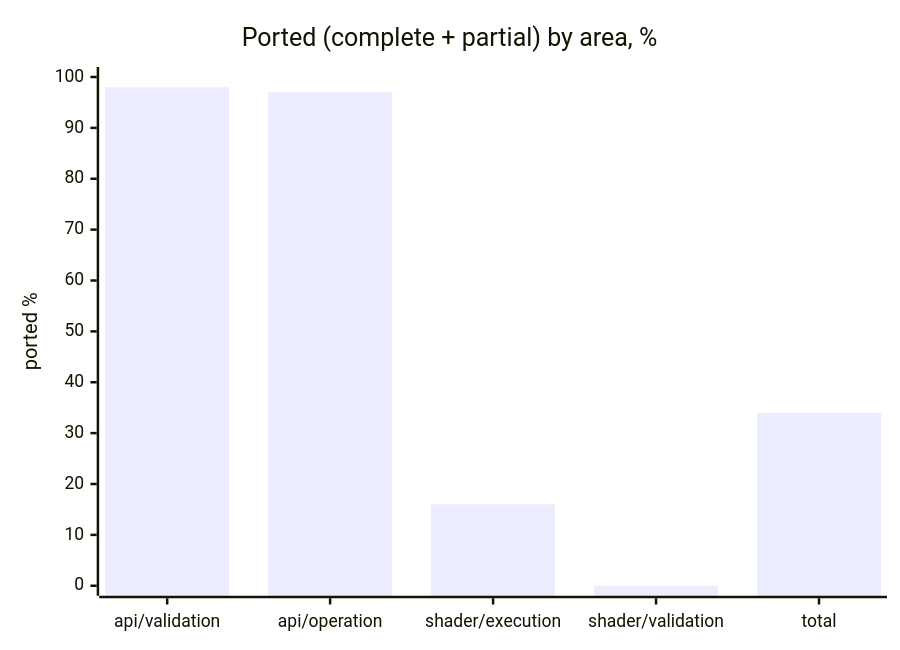
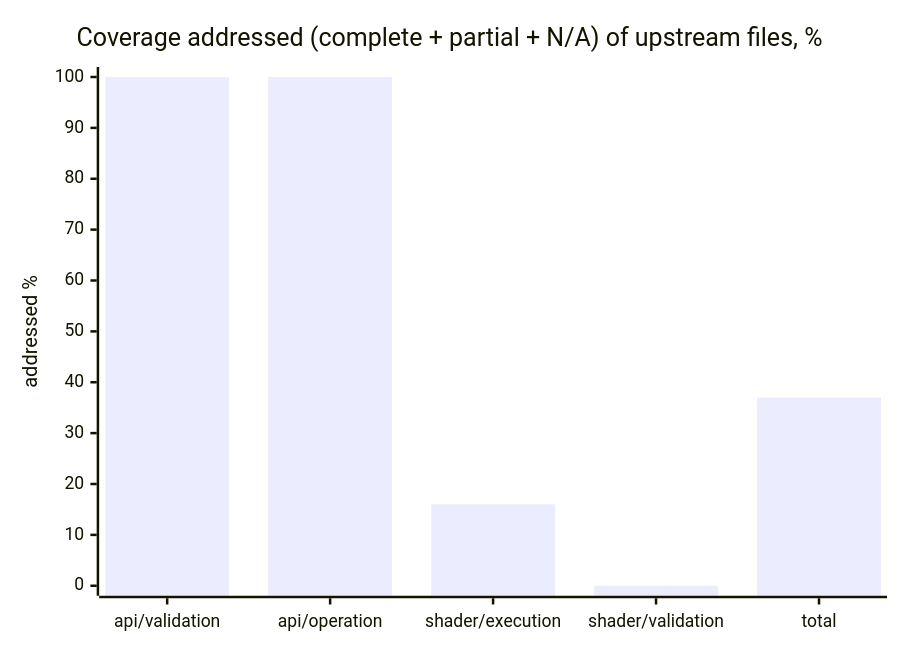
Before and after one commit to infosia/webgpu-native-cts: the second of 2 diagrams in README.md, drawn with Mermaid. The commit also changed other lines of this file, not shown here.

First line of the commit message:
docs(README): reframe coverage chart as addressed (complete+partial+N/A); show api fully ported

````diff
--- a/README.md
+++ b/README.md
@@ -104,7 +109,7 @@
 ```mermaid
 xychart-beta
-    title "Ported (complete + partial) by area, %"
+    title "Coverage addressed (complete + partial + N/A) of upstream files, %"
     x-axis ["api/validation", "api/operation", "shader/execution", "shader/validation", "total"]
-    y-axis "ported %" 0 --> 100
-    bar [98, 97, 16, 0, 34]
+    y-axis "addressed %" 0 --> 100
+    bar [100, 100, 16, 0, 37]
 ```
````
